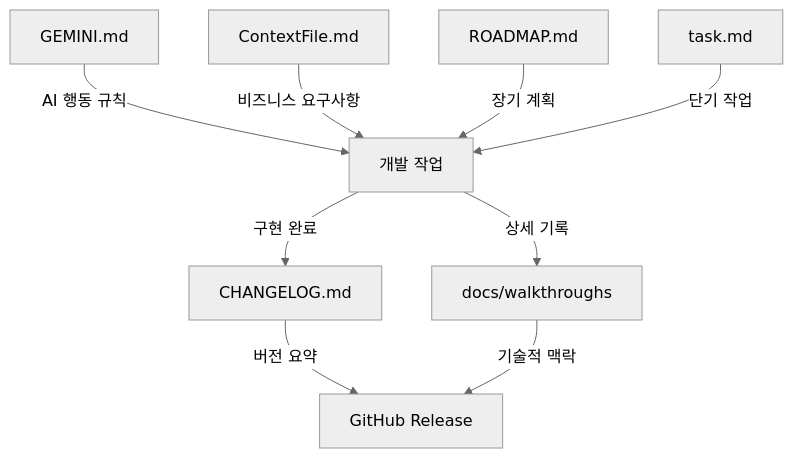
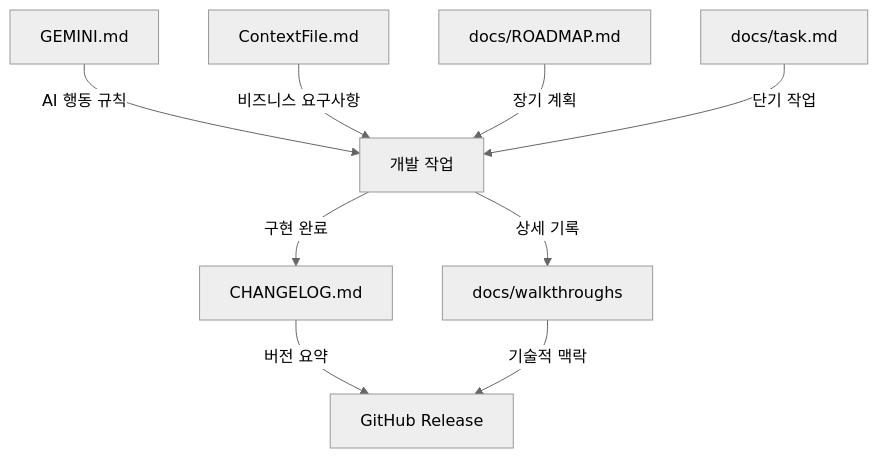
Before and after one commit to deuxksy/today-vn-news: the diagram in docs/DOCUMENTATION.md, drawn with Mermaid (neutral theme). The commit also changed other lines of this file and 2 other files, not shown here.

First line of the commit message:
refactor: ROADMAP.md와 task.md를 docs/ 폴더로 이동

````diff
--- a/docs/DOCUMENTATION.md
+++ b/docs/DOCUMENTATION.md
@@ -7,11 +7,11 @@
 ```mermaid
 graph TB
     A[GEMINI.md] -->|AI 행동 규칙| B[개발 작업]
     C[ContextFile.md] -->|비즈니스 요구사항| B
-    D[ROADMAP.md] -->|장기 계획| B
-    E[task.md] -->|단기 작업| B
+    D[docs/ROADMAP.md] -->|장기 계획| B
+    E[docs/task.md] -->|단기 작업| B
     B -->|구현 완료| F[CHANGELOG.md]
     B -->|상세 기록| G[docs/walkthroughs]
     F -->|버전 요약| H[GitHub Release]
     G -->|기술적 맥락| H
 ```
````
